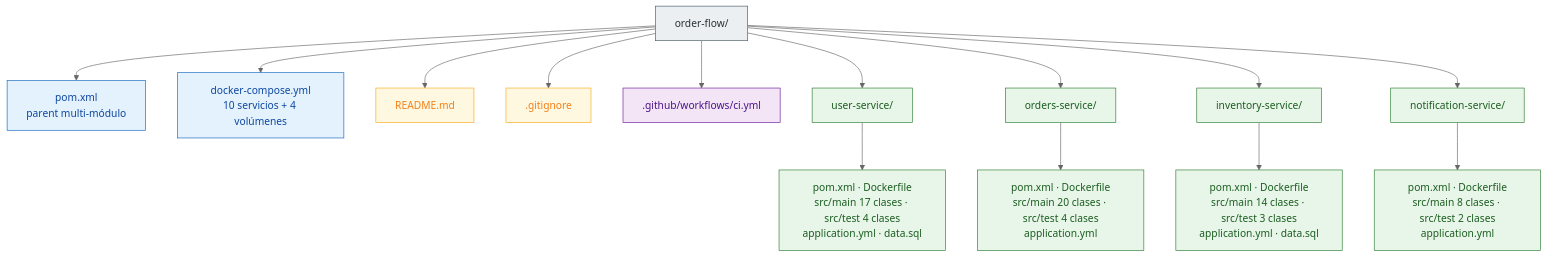
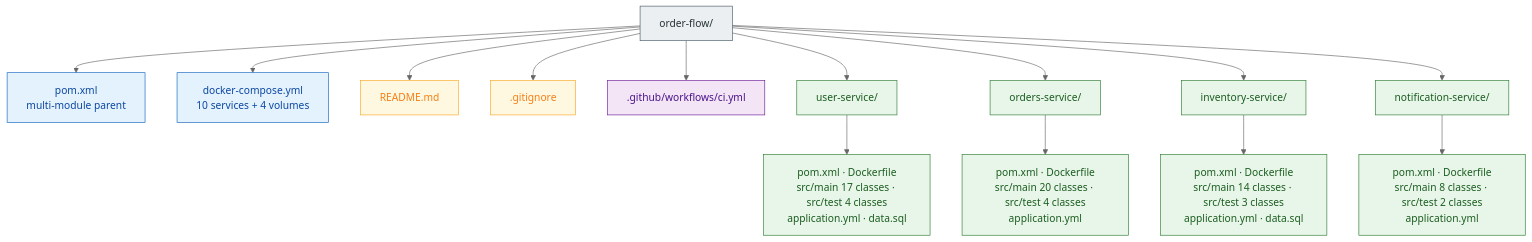
Before and after one commit to carlosgarcia-tech/order-flow: the fourth of 31 diagrams in README.md, drawn with Mermaid (neutral theme). The commit also changed other lines of this file, not shown here.

````diff
--- a/README.md
+++ b/README.md
@@ -186,25 +186,25 @@
 ```mermaid
 flowchart TD
     classDef root fill:#eceff1,stroke:#455a64,color:#263238
     classDef build fill:#e3f2fd,stroke:#1565c0,color:#0d47a1
     classDef svc fill:#e8f5e9,stroke:#2e7d32,color:#1b5e20
     classDef doc fill:#fff8e1,stroke:#f9a825,color:#f57f17
     classDef ci fill:#f3e5f5,stroke:#6a1b9a,color:#4a148c
 
     ROOT["order-flow/"]:::root
-    ROOT --> POM["pom.xml<br/>parent multi-módulo"]:::build
-    ROOT --> COMPOSE["docker-compose.yml<br/>10 servicios + 4 volúmenes"]:::build
+    ROOT --> POM["pom.xml<br/>multi-module parent"]:::build
+    ROOT --> COMPOSE["docker-compose.yml<br/>10 services + 4 volumes"]:::build
     ROOT --> RM["README.md"]:::doc
     ROOT --> GI[".gitignore"]:::doc
     ROOT --> GH[".github/workflows/ci.yml"]:::ci
 
     ROOT --> U["user-service/"]:::svc
     ROOT --> O["orders-service/"]:::svc
     ROOT --> I["inventory-service/"]:::svc
     ROOT --> N["notification-service/"]:::svc
 
-    U --> U1["pom.xml · Dockerfile<br/>src/main 17 clases · src/test 4 clases<br/>application.yml · data.sql"]:::svc
-    O --> O1["pom.xml · Dockerfile<br/>src/main 20 clases · src/test 4 clases<br/>application.yml"]:::svc
-    I --> I1["pom.xml · Dockerfile<br/>src/main 14 clases · src/test 3 clases<br/>application.yml · data.sql"]:::svc
-    N --> N1["pom.xml · Dockerfile<br/>src/main 8 clases · src/test 2 clases<br/>application.yml"]:::svc
+    U --> U1["pom.xml · Dockerfile<br/>src/main 17 classes · src/test 4 classes<br/>application.yml · data.sql"]:::svc
+    O --> O1["pom.xml · Dockerfile<br/>src/main 20 classes · src/test 4 classes<br/>application.yml"]:::svc
+    I --> I1["pom.xml · Dockerfile<br/>src/main 14 classes · src/test 3 classes<br/>application.yml · data.sql"]:::svc
+    N --> N1["pom.xml · Dockerfile<br/>src/main 8 classes · src/test 2 classes<br/>application.yml"]:::svc
 ```
````
